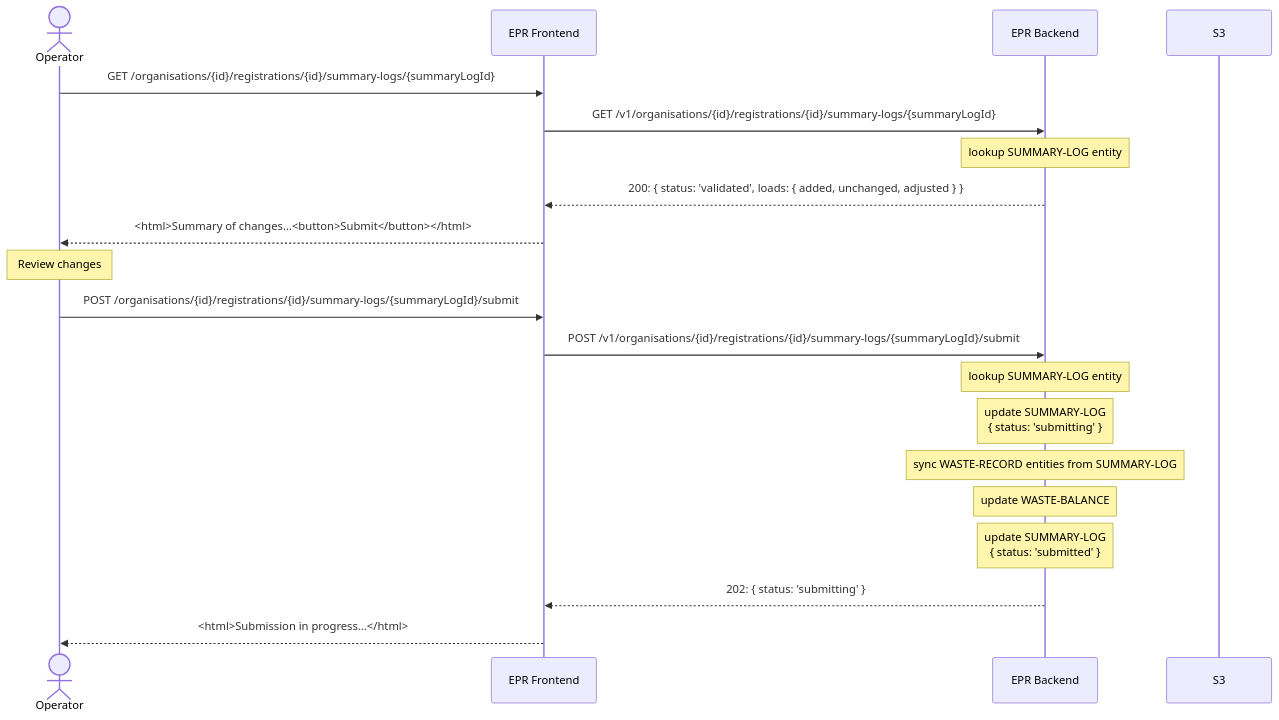
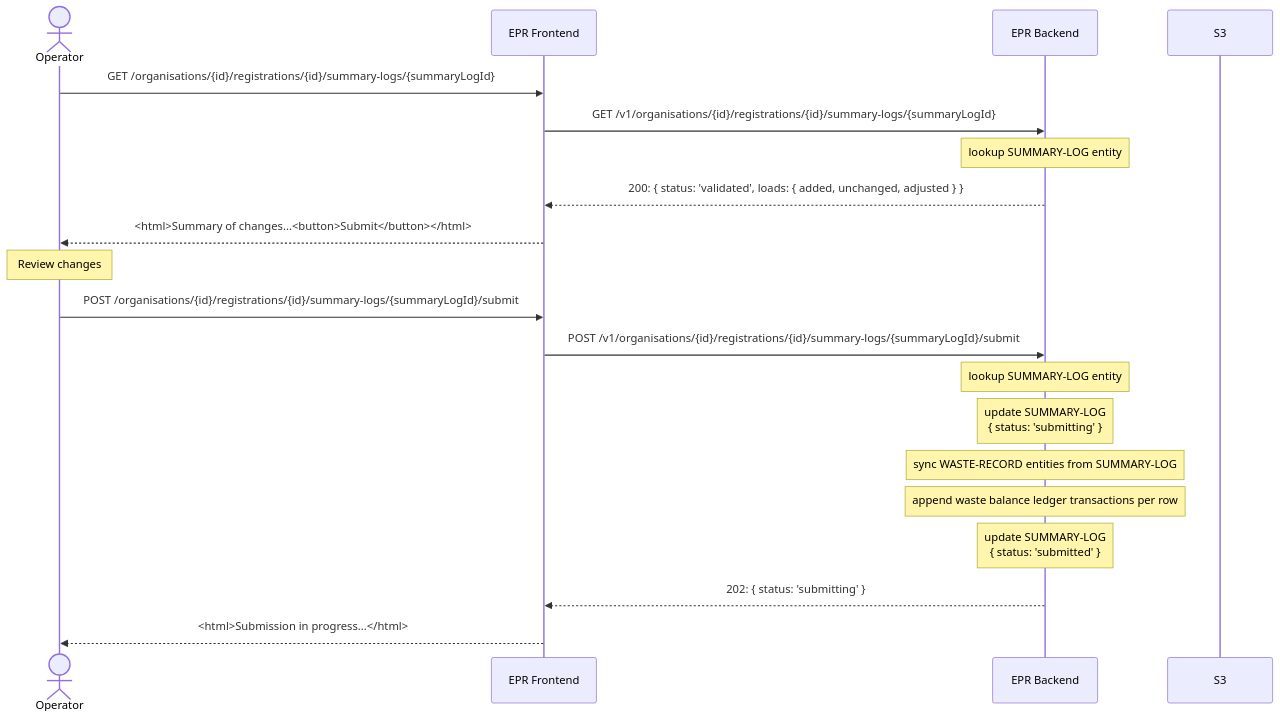
The sixth of 6 diagrams in docs/architecture/defined/pepr-lld.md (DEFRA/epr-re-ex-service), drawn with Mermaid before and after one commit. The commit also changed other lines of this file, not shown here.

Commit message:
PAE-1382: Update pepr-lld waste balance for ADR 0031

````diff
--- a/docs/architecture/defined/pepr-lld.md
+++ b/docs/architecture/defined/pepr-lld.md
@@ -915,26 +982,26 @@
 ```mermaid
 sequenceDiagram
   actor Op as Operator
   participant Frontend as EPR Frontend
   participant Backend as EPR Backend
   participant S3
 
 
   Op->>Frontend: GET /organisations/{id}/registrations/{id}/summary-logs/{summaryLogId}
   Frontend->>Backend: GET /v1/organisations/{id}/registrations/{id}/summary-logs/{summaryLogId}
   Note over Backend: lookup SUMMARY-LOG entity
   Backend-->>Frontend: 200: { status: 'validated', loads: { added, unchanged, adjusted } }
   Frontend-->>Op: <html>Summary of changes...<button>Submit</button></html>
 
   Note over Op: Review changes
 
   Op->>Frontend: POST /organisations/{id}/registrations/{id}/summary-logs/{summaryLogId}/submit
   Frontend->>Backend: POST /v1/organisations/{id}/registrations/{id}/summary-logs/{summaryLogId}/submit
   Note over Backend: lookup SUMMARY-LOG entity
   Note over Backend: update SUMMARY-LOG<br>{ status: 'submitting' }
   Note over Backend: sync WASTE-RECORD entities from SUMMARY-LOG
-  Note over Backend: update WASTE-BALANCE
+  Note over Backend: append waste balance ledger transactions per row
   Note over Backend: update SUMMARY-LOG<br>{ status: 'submitted' }
   Backend-->>Frontend: 202: { status: 'submitting' }
   Frontend-->>Op: <html>Submission in progress...</html>
 ```
````
